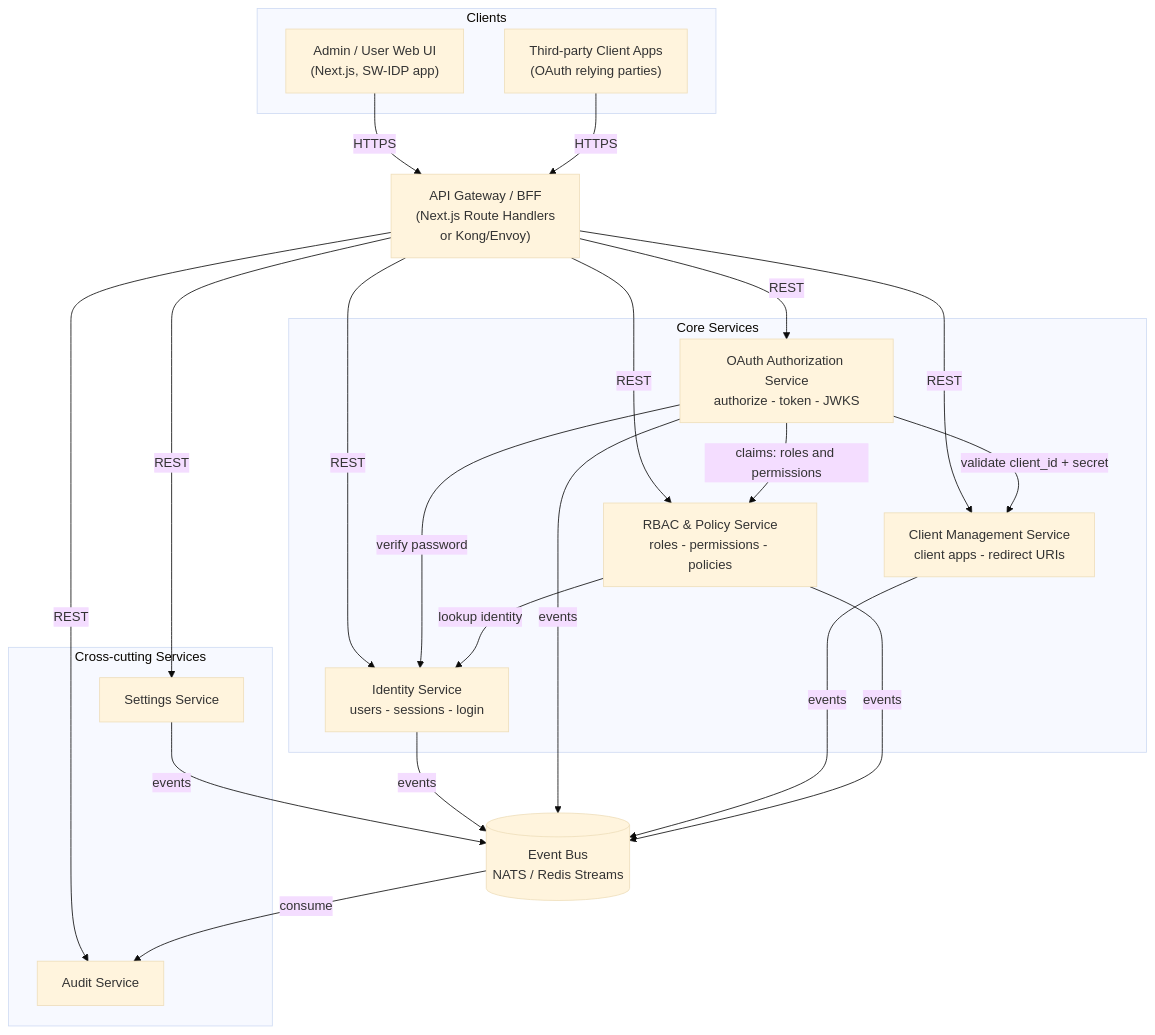
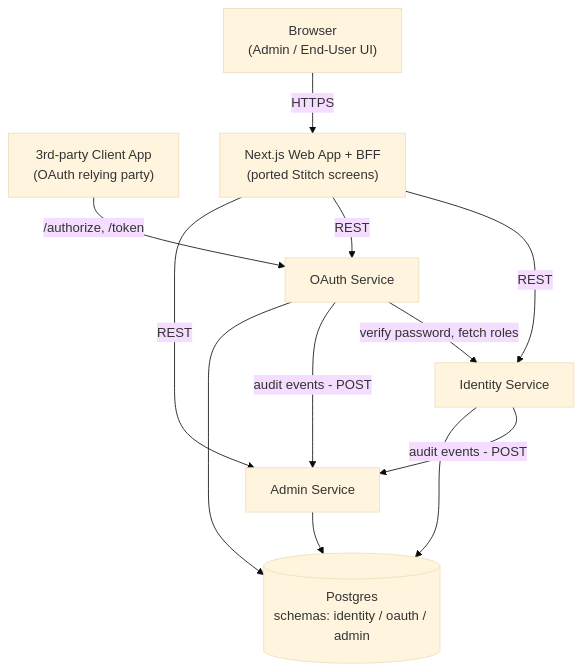
Before and after one commit to mosup16/SW-IDP: the first of 2 diagrams in design/ARCHITECTURE.md, drawn with Mermaid (base theme). The commit also changed other lines of this file, not shown here.

First line of the commit message:
Simplify microservices proposal to 3 services on shared Postgres

````diff
--- a/design/ARCHITECTURE.md
+++ b/design/ARCHITECTURE.md
@@ -19,45 +17,27 @@
 ```mermaid
 graph TB
-    subgraph Clients
-        AdminUI["Admin / User Web UI<br/>(Next.js, SW-IDP app)"]
-        ThirdParty["Third-party Client Apps<br/>(OAuth relying parties)"]
-    end
+    Browser["Browser<br/>(Admin / End-User UI)"]
+    TPA["3rd-party Client App<br/>(OAuth relying party)"]
 
-    Gateway["API Gateway / BFF<br/>(Next.js Route Handlers<br/>or Kong/Envoy)"]
+    Web["Next.js Web App + BFF<br/>(ported Stitch screens)"]
+    ID["Identity Service"]
+    OA["OAuth Service"]
+    AD["Admin Service"]
 
-    subgraph Core["Core Services"]
-        Identity["Identity Service<br/>users - sessions - login"]
-        OAuth["OAuth Authorization Service<br/>authorize - token - JWKS"]
-        Client["Client Management Service<br/>client apps - redirect URIs"]
-        RBAC["RBAC &amp; Policy Service<br/>roles - permissions - policies"]
-    end
+    PG[("Postgres<br/>schemas: identity / oauth / admin")]
 
-    subgraph Cross["Cross-cutting Services"]
-        Audit["Audit Service"]
-        Settings["Settings Service"]
-    end
+    Browser -->|HTTPS| Web
+    TPA -->|"/authorize, /token"| OA
 
-    Bus[("Event Bus<br/>NATS / Redis Streams")]
+    Web -->|REST| ID
+    Web -->|REST| OA
+    Web -->|REST| AD
 
-    AdminUI -->|HTTPS| Gateway
-    ThirdParty -->|HTTPS| Gateway
+    OA -->|verify password, fetch roles| ID
+    ID -->|audit events - POST| AD
+    OA -->|audit events - POST| AD
 
-    Gateway -->|REST| Identity
-    Gateway -->|REST| OAuth
-    Gateway -->|REST| Client
-    Gateway -->|REST| RBAC
-    Gateway -->|REST| Audit
-    Gateway -->|REST| Settings
-
-    OAuth -->|verify password| Identity
-    OAuth -->|validate client_id + secret| Client
-    OAuth -->|claims: roles and permissions| RBAC
-    RBAC -->|lookup identity| Identity
-
-    Identity -->|events| Bus
-    OAuth -->|events| Bus
-    Client -->|events| Bus
-    RBAC -->|events| Bus
-    Settings -->|events| Bus
-    Bus -->|consume| Audit
+    ID --> PG
+    OA --> PG
+    AD --> PG
 ```
````
